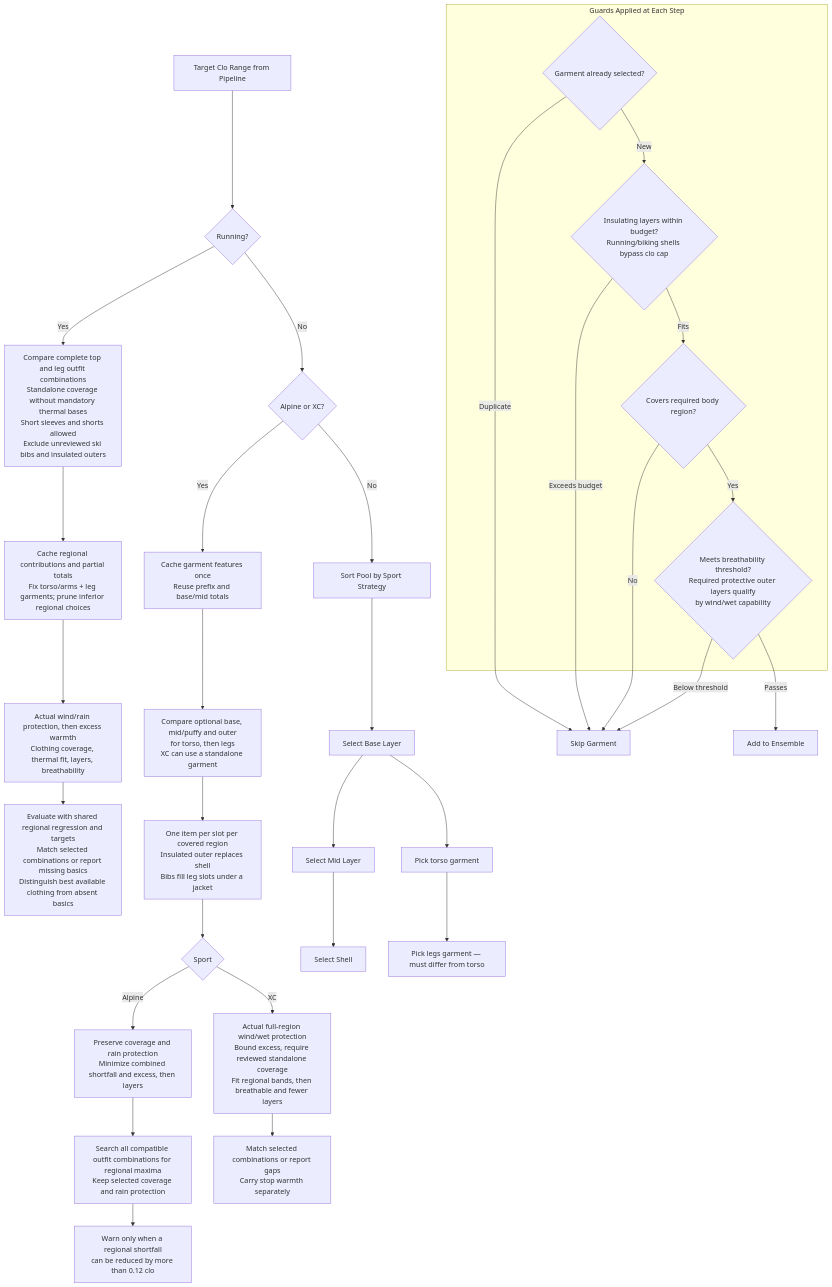
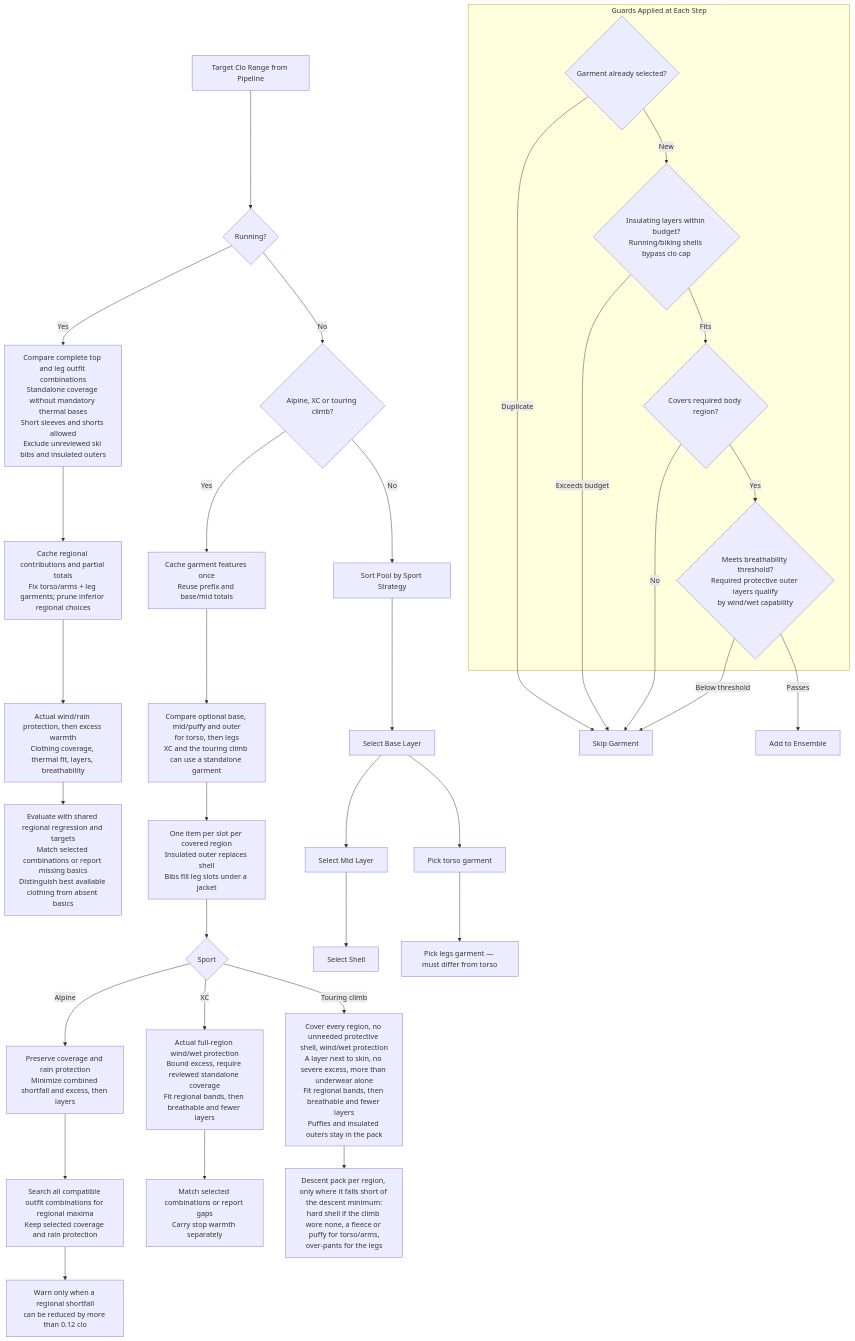
One commit to derobertsw/swttr changed the third of 7 diagrams in README.md. Above: the diagram before and after it, drawn with Mermaid. The commit also changed other lines of this file and 12 other files, not shown here.

First line of the commit message:
Fit the touring climb per region and pack a descent leg layer (#372)

````diff
--- a/README.md
+++ b/README.md
@@ -141,41 +141,43 @@
 ```mermaid
 graph TD
     START[Target Clo Range from Pipeline] --> RUNNING{Running?}
     RUNNING -->|Yes| RUNOPT[Compare complete top and leg outfit combinations<br/>Standalone coverage without mandatory thermal bases<br/>Short sleeves and shorts allowed<br/>Exclude unreviewed ski bibs and insulated outers]
     RUNOPT --> RCACHE[Cache regional contributions and partial totals<br/>Fix torso/arms + leg garments; prune inferior regional choices]
     RCACHE --> RUNRANK[Actual wind/rain protection, then excess warmth<br/>Clothing coverage, thermal fit, layers, breathability]
     RUNRANK --> RUNREQ[Evaluate with shared regional regression and targets<br/>Match selected combinations or report missing basics<br/>Distinguish best available clothing from absent basics]
-    RUNNING -->|No| SPORT{Alpine or XC?}
+    RUNNING -->|No| SPORT{Alpine, XC or touring climb?}
     SPORT -->|Yes| CACHE[Cache garment features once<br/>Reuse prefix and base/mid totals]
-    CACHE --> COMB[Compare optional base, mid/puffy and outer<br/>for torso, then legs<br/>XC can use a standalone garment]
+    CACHE --> COMB[Compare optional base, mid/puffy and outer<br/>for torso, then legs<br/>XC and the touring climb can use a standalone garment]
     COMB --> CAP[One item per slot per covered region<br/>Insulated outer replaces shell<br/>Bibs fill leg slots under a jacket]
     CAP --> RANK{Sport}
     RANK -->|Alpine| REG[Preserve coverage and rain protection<br/>Minimize combined shortfall and excess, then layers]
     REG --> WARM[Search all compatible outfit combinations for regional maxima<br/>Keep selected coverage and rain protection]
     WARM --> WARN[Warn only when a regional shortfall<br/>can be reduced by more than 0.12 clo]
     RANK -->|XC| XREG[Actual full-region wind/wet protection<br/>Bound excess, require reviewed standalone coverage<br/>Fit regional bands, then breathable and fewer layers]
     XREG --> XREQ[Match selected combinations or report gaps<br/>Carry stop warmth separately]
+    RANK -->|Touring climb| TREG[Cover every region, no unneeded protective shell, wind/wet protection<br/>A layer next to skin, no severe excess, more than underwear alone<br/>Fit regional bands, then breathable and fewer layers<br/>Puffies and insulated outers stay in the pack]
+    TREG --> TPACK[Descent pack per region, only where it falls short of the descent minimum:<br/>hard shell if the climb wore none, a fleece or puffy for torso/arms,<br/>over-pants for the legs]
     SPORT -->|No| SORT[Sort Pool by Sport Strategy]
     SORT --> BASE[Select Base Layer]
     BASE --> MID[Select Mid Layer]
     MID --> SHELL[Select Shell]
 
     BASE --> T1[Pick torso garment]
     T1 --> L1[Pick legs garment — must differ from torso]
 
     subgraph "Guards Applied at Each Step"
         G1{Garment already selected?}
         G2{Insulating layers within budget?<br/>Running/biking shells bypass clo cap}
         G3{Covers required body region?}
         G4{Meets breathability threshold?<br/>Required protective outer layers qualify<br/>by wind/wet capability}
     end
 
     G1 -->|Duplicate| SKIP[Skip Garment]
     G1 -->|New| G2
     G2 -->|Exceeds budget| SKIP
     G2 -->|Fits| G3
     G3 -->|No| SKIP
     G3 -->|Yes| G4
     G4 -->|Below threshold| SKIP
     G4 -->|Passes| ADD[Add to Ensemble]
 ```
````
